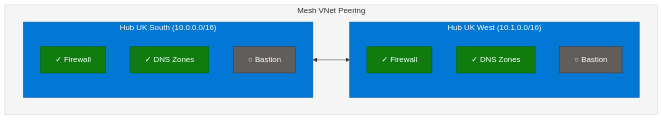
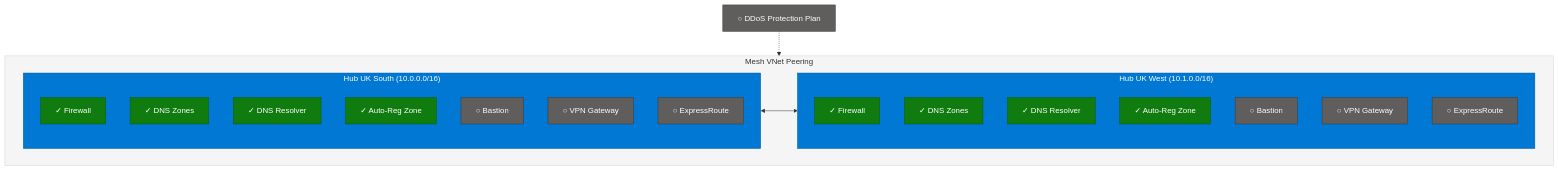
Before and after one commit to Ensono/stacks-azure-platform-landing-zone: the diagram in templates/connectivity_landing_zone_hub_spoke/deploy/terraform/examples/multi_region/README.md, drawn with Mermaid. The commit also changed 1 other file, not shown here.

Commit message:
feat: Enhance architecture diagrams in READMEs for multi-region and single-region examples

````diff
--- a/templates/connectivity_landing_zone_hub_spoke/deploy/terraform/examples/multi_region/README.md
+++ b/templates/connectivity_landing_zone_hub_spoke/deploy/terraform/examples/multi_region/README.md
@@ -7,32 +7,52 @@
 ```mermaid
 flowchart TB
     subgraph mesh["Mesh VNet Peering"]
         direction LR
 
         subgraph hubSouth["Hub UK South (10.0.0.0/16)"]
             direction TB
             fw1["✓ Firewall"]
             dns1["✓ DNS Zones"]
+            resolver1["✓ DNS Resolver"]
+            autoreg1["✓ Auto-Reg Zone"]
             bas1["○ Bastion"]
+            vpn1["○ VPN Gateway"]
+            er1["○ ExpressRoute"]
         end
 
         subgraph hubWest["Hub UK West (10.1.0.0/16)"]
             direction TB
             fw2["✓ Firewall"]
             dns2["✓ DNS Zones"]
+            resolver2["✓ DNS Resolver"]
+            autoreg2["✓ Auto-Reg Zone"]
             bas2["○ Bastion"]
+            vpn2["○ VPN Gateway"]
+            er2["○ ExpressRoute"]
         end
 
         hubSouth <--> hubWest
     end
+
+    ddos["○ DDoS Protection Plan"]
+    ddos -.-> mesh
 
     style mesh fill:#f5f5f5,stroke:#d0d0d0
     style hubSouth fill:#0078D4,stroke:#005A9E,color:#fff
     style hubWest fill:#0078D4,stroke:#005A9E,color:#fff
     style fw1 fill:#107C10,stroke:#0B5C0B,color:#fff
     style fw2 fill:#107C10,stroke:#0B5C0B,color:#fff
     style dns1 fill:#107C10,stroke:#0B5C0B,color:#fff
     style dns2 fill:#107C10,stroke:#0B5C0B,color:#fff
+    style resolver1 fill:#107C10,stroke:#0B5C0B,color:#fff
+    style resolver2 fill:#107C10,stroke:#0B5C0B,color:#fff
+    style autoreg1 fill:#107C10,stroke:#0B5C0B,color:#fff
+    style autoreg2 fill:#107C10,stroke:#0B5C0B,color:#fff
     style bas1 fill:#605E5C,stroke:#3B3A39,color:#fff
     style bas2 fill:#605E5C,stroke:#3B3A39,color:#fff
+    style vpn1 fill:#605E5C,stroke:#3B3A39,color:#fff
+    style vpn2 fill:#605E5C,stroke:#3B3A39,color:#fff
+    style er1 fill:#605E5C,stroke:#3B3A39,color:#fff
+    style er2 fill:#605E5C,stroke:#3B3A39,color:#fff
+    style ddos fill:#605E5C,stroke:#3B3A39,color:#fff
 ```
````
